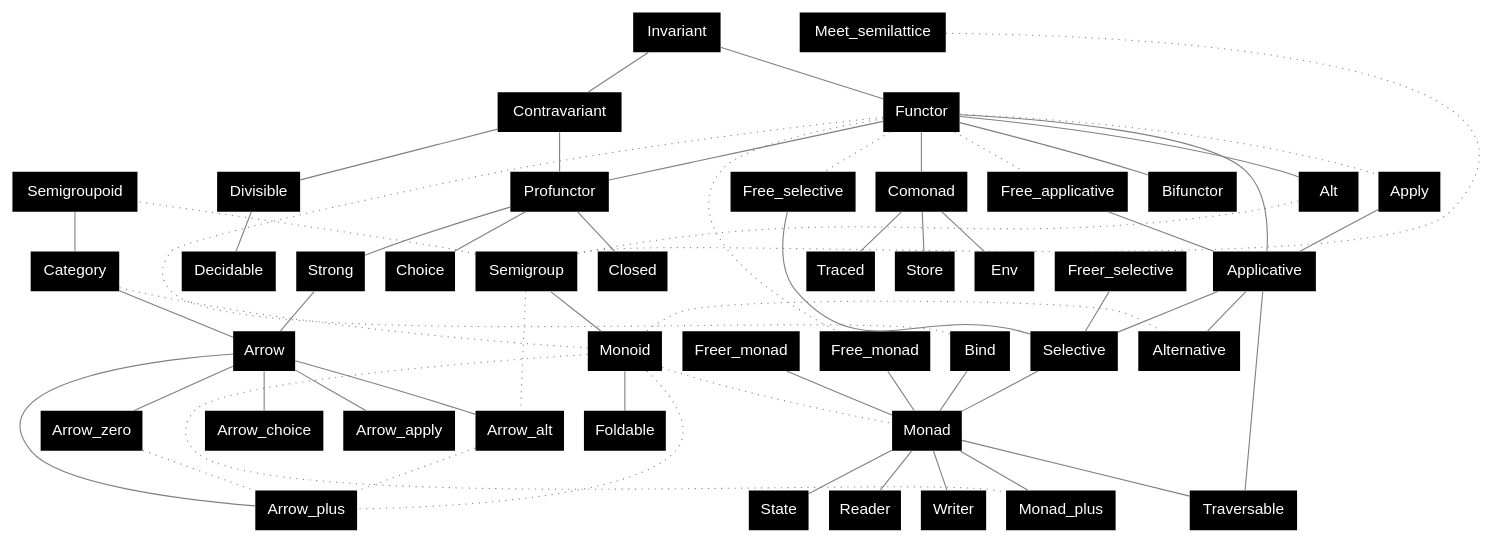
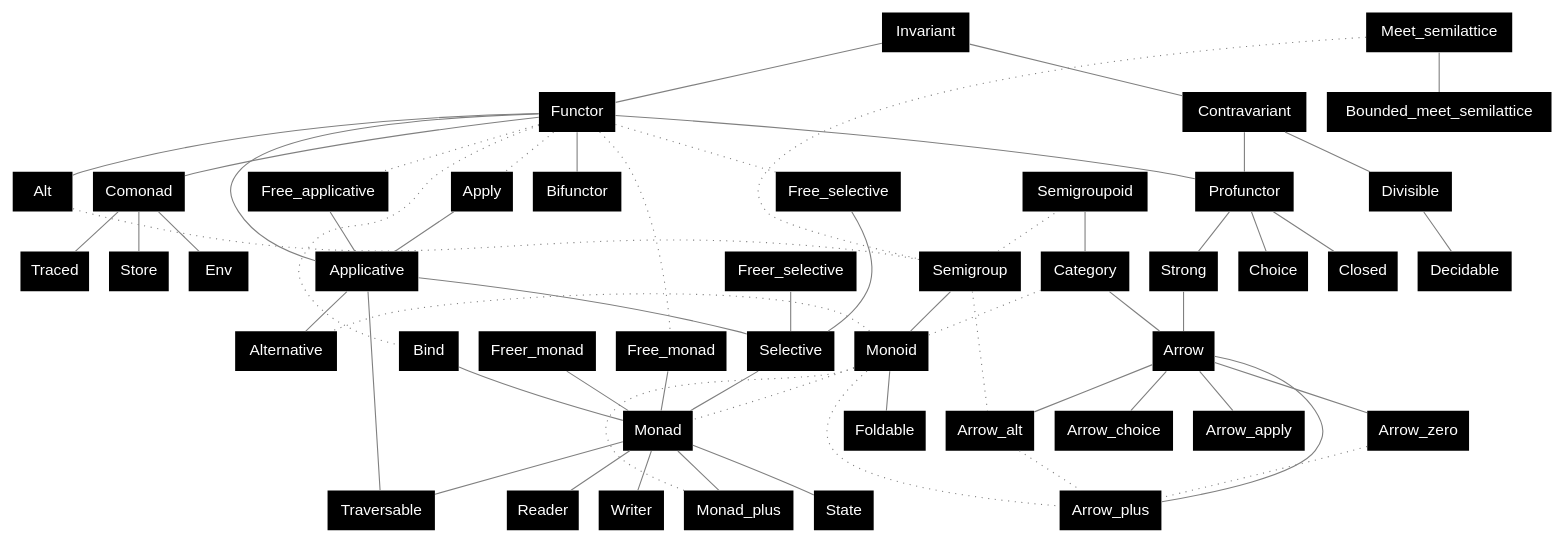
Before and after one commit to xvw/preface: the diagram in .github/dot/specs.dot, drawn with Graphviz. The commit also changed 13 other files, not shown here.

```diff
--- a/.github/dot/specs.dot
+++ b/.github/dot/specs.dot
@@ -1,76 +1,77 @@
 graph {
         node [shape=plaintext; fontname = "Helvetica"; style=filled; fillcolor=black; fontcolor=white];
         edge [color = gray];
 
         Invariant;
         Invariant -- Functor;
         Invariant -- Contravariant;
         Contravariant;
         Divisible;
         Decidable;
         Functor -- Applicative -- Selective -- Monad;
         Functor -- Apply [style=dotted; arrowhead=none; constraint=false];
         Apply -- Applicative;
         Bind -- Monad;
         Functor -- Bind [style=dotted; arrowhead=none; constraint=false];
         Applicative -- Alternative;
         Monad -- Monad_plus;
         Functor -- Alt;
         Functor -- Comonad;
         
         Semigroup -- Monoid;
         Monoid -- Alternative [style=dotted; arrowhead=none; constraint=false];
         Monoid -- Monad_plus [style=dotted; arrowhead=none; constraint=false];
         Semigroup -- Alt [style=dotted; arrowhead=none; constraint=false];
         Monoid -- Monad [style=dotted; arrowhead=none];
         Monoid -- Foldable;
 
         Functor -- Free_selective [style=dotted; arrowhead=none];
         Functor -- Free_applicative [style=dotted; arrowhead=none];
         Functor -- Free_monad [style=dotted; arrowhead=none];
         
         Free_selective -- Selective;
         Freer_selective -- Selective;
         Free_applicative -- Applicative;
         Free_monad -- Monad;
         Freer_monad -- Monad;
 
         Profunctor;
         Bifunctor;
 
         Contravariant -- Divisible -- Decidable;
         Contravariant -- Profunctor;
         Functor -- Profunctor;
         Functor -- Bifunctor;
 
         Monad -- State;
         Monad -- Reader;
         Monad -- Writer;
 
         Comonad -- Store;
         Comonad -- Env;
         Comonad -- Traced;
 
         Applicative -- Traversable;
         Monad -- Traversable;
 
         Semigroup -- Semigroupoid [style=dotted; arrowhead=none; constraint=false];
         Monoid -- Category [style=dotted; arrowhead=none; constraint=false];
         Semigroupoid -- Category
         Category -- Arrow;
         Profunctor -- Strong;
         Profunctor -- Choice;
         Profunctor -- Closed;
         Strong -- Arrow;
         Arrow -- Arrow_zero;
         Arrow -- Arrow_alt;
         Arrow -- Arrow_plus;
         Arrow -- Arrow_choice;
         Arrow -- Arrow_apply;
         Arrow_zero -- Arrow_plus [style=dotted; arrowhead=none];
         Arrow_alt -- Arrow_plus [style=dotted; arrowhead=none];
         Monoid -- Arrow_plus [style=dotted; arrowhead=none];
         Semigroup -- Arrow_alt [style=dotted; arrowhead=none];
 
         Meet_semilattice -- Semigroup [style=dotted; arrowhead=none; constraint=false];
+        Meet_semilattice -- Bounded_meet_semilattice;
 }
```
